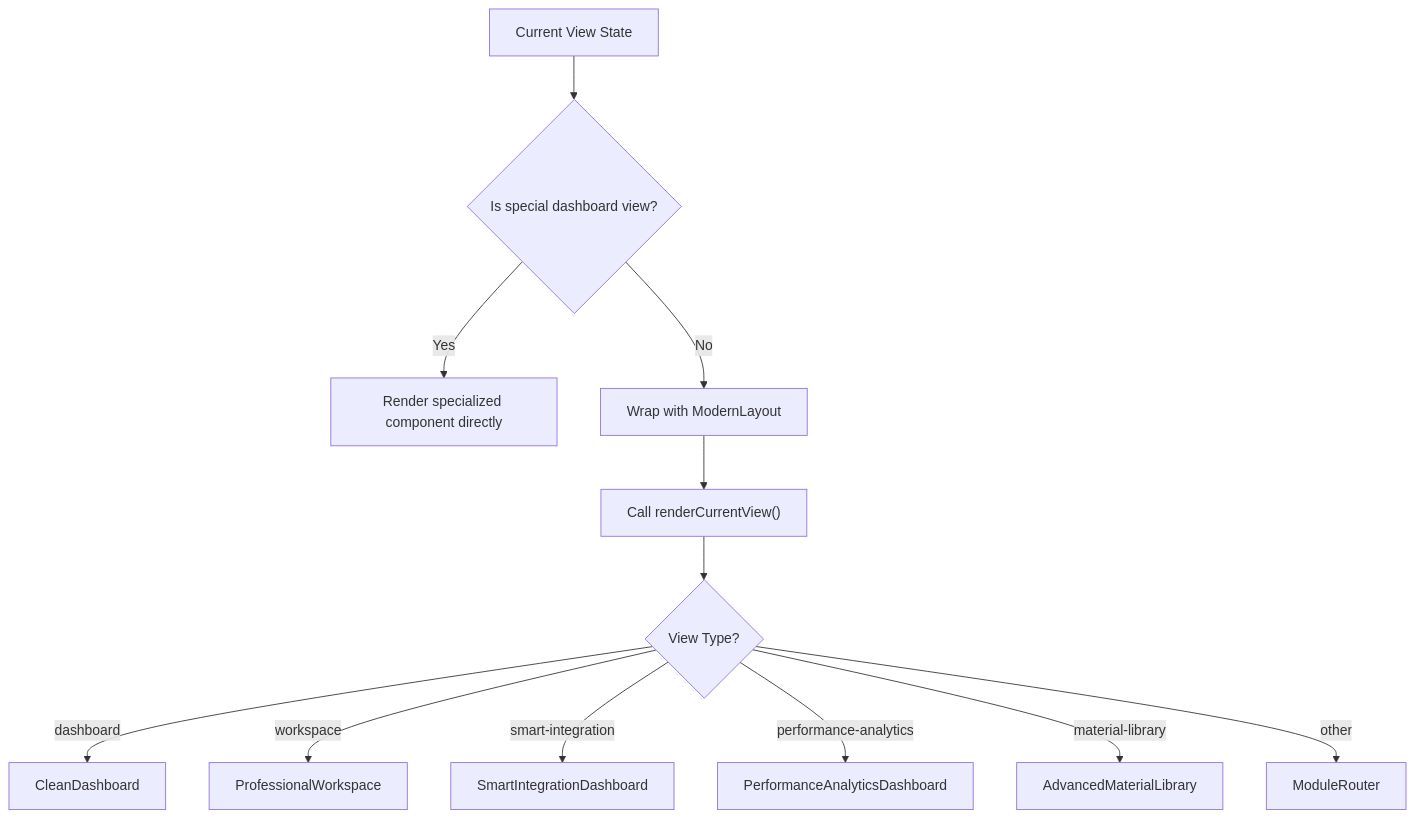
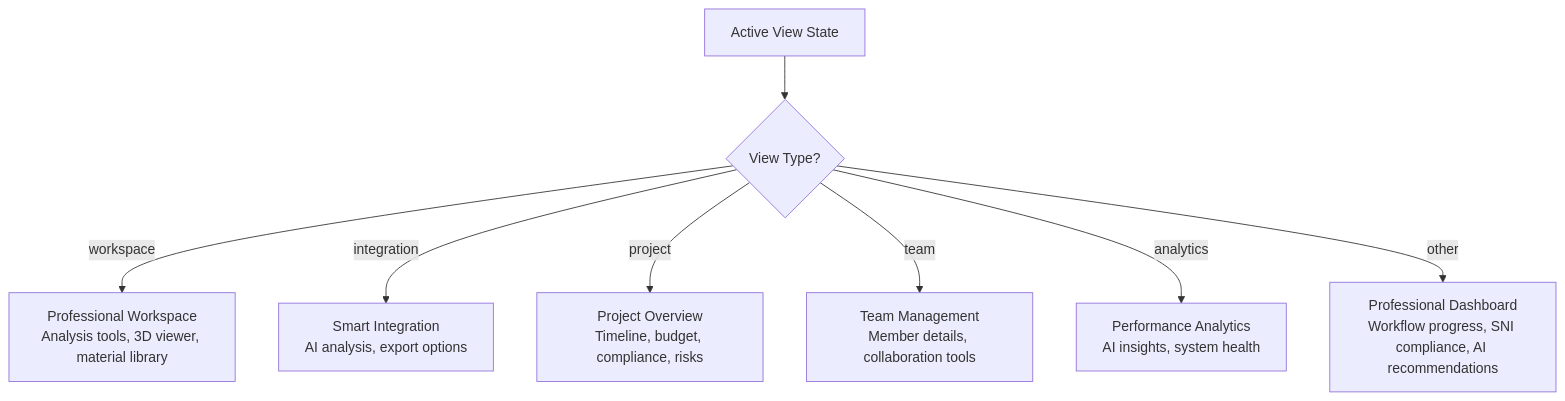
The third of 5 diagrams in .qoder/repowiki/en/content/Core Architecture/Application Entry Points.md (Latif080790/APP-STRUKTUR-BLACKBOX), drawn with Mermaid before and after one commit. The commit also changed other lines of this file and 26 other files, not shown here.

````diff
--- a/.qoder/repowiki/en/content/Core Architecture/Application Entry Points.md
+++ b/.qoder/repowiki/en/content/Core Architecture/Application Entry Points.md
@@ -110,14 +159,10 @@
 ```mermaid
 flowchart TD
-A["Current View State"] --> B{"Is special dashboard view?"}
-B --> |Yes| C["Render specialized component directly"]
-B --> |No| D["Wrap with ModernLayout"]
-D --> E["Call renderCurrentView()"]
-E --> F{"View Type?"}
-F --> |"dashboard"| G["CleanDashboard"]
-F --> |"workspace"| H["ProfessionalWorkspace"]
-F --> |"smart-integration"| I["SmartIntegrationDashboard"]
-F --> |"performance-analytics"| J["PerformanceAnalyticsDashboard"]
-F --> |"material-library"| K["AdvancedMaterialLibrary"]
-F --> |"other"| L["ModuleRouter"]
+A["Active View State"] --> B{"View Type?"}
+B --> |"workspace"| C["Professional Workspace\nAnalysis tools, 3D viewer, material library"]
+B --> |"integration"| D["Smart Integration\nAI analysis, export options"]
+B --> |"project"| E["Project Overview\nTimeline, budget, compliance, risks"]
+B --> |"team"| F["Team Management\nMember details, collaboration tools"]
+B --> |"analytics"| G["Performance Analytics\nAI insights, system health"]
+B --> |"other"| H["Professional Dashboard\nWorkflow progress, SNI compliance, AI recommendations"]
 ```
````
